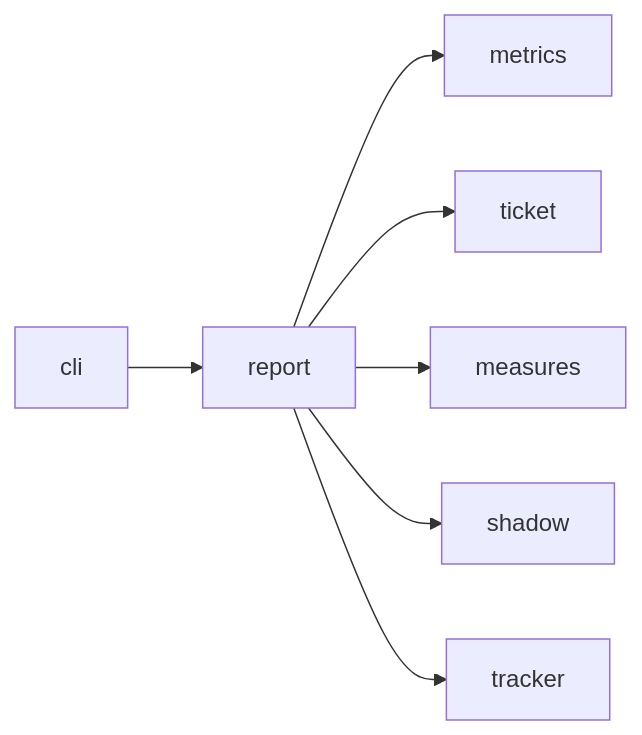
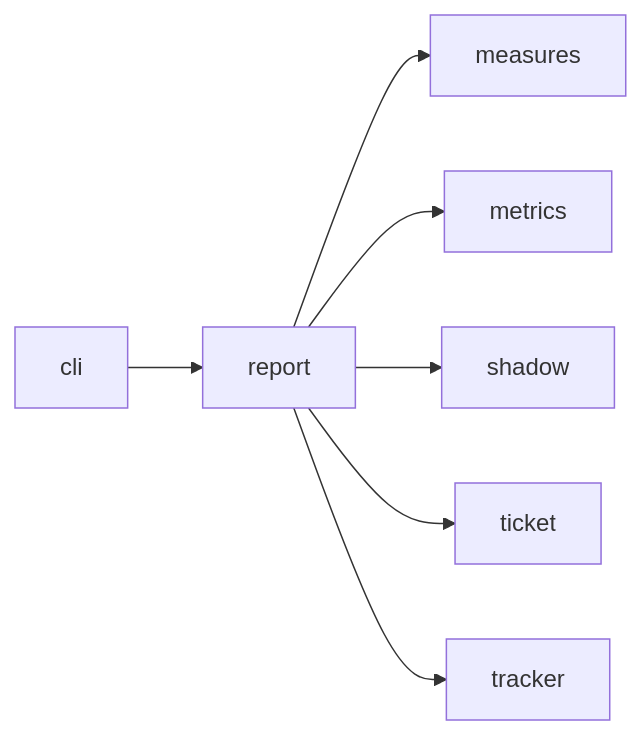
One commit to plaplanche/ariane changed the diagram in docs/architecture/modules/report.md. Above: the diagram before and after it, drawn with Mermaid. The commit also changed other lines of this file and 33 other files, not shown here.

Commit message:
#120: Generate the module dependency graphs of the architecture docs from the code (C25)

````diff
--- a/docs/architecture/modules/report.md
+++ b/docs/architecture/modules/report.md
@@ -15,9 +16,9 @@
 ```mermaid
 flowchart LR
   cli --> report
+  report --> measures
   report --> metrics
+  report --> shadow
   report --> ticket
-  report --> measures
-  report --> shadow
   report --> tracker
 ```
````
